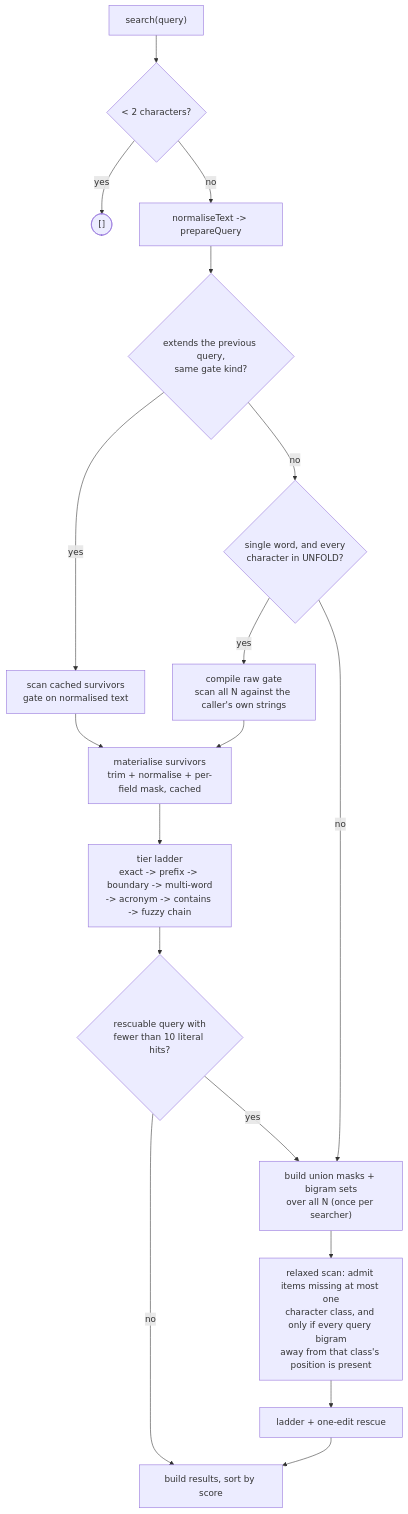
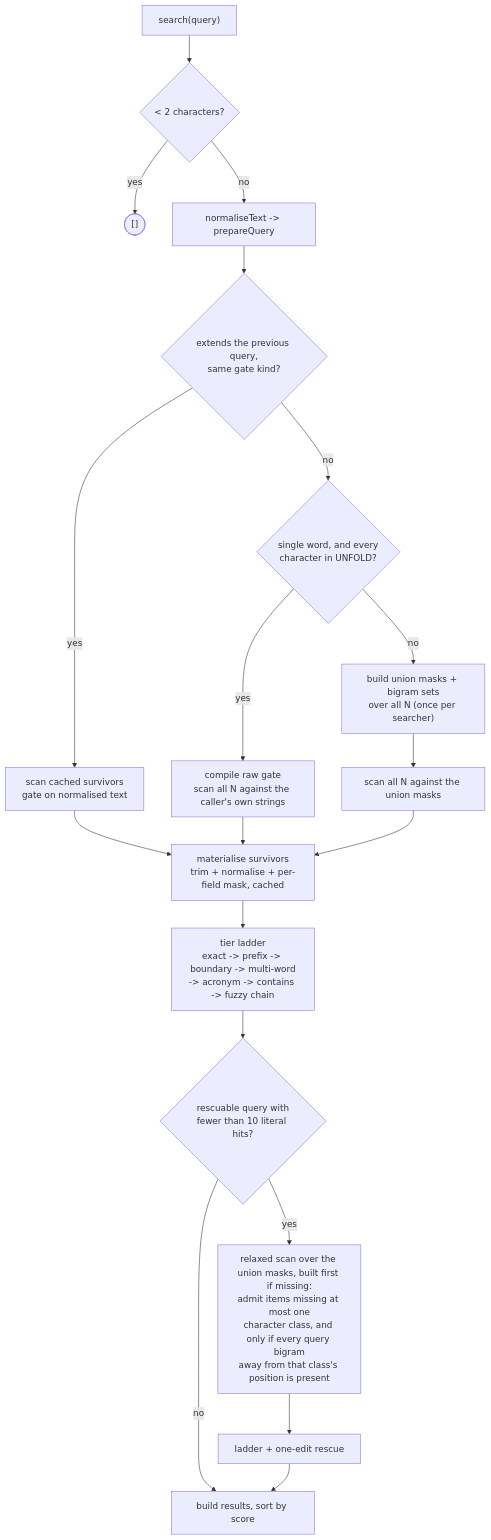
One commit to MMMikeM/ekrina changed the second of 2 diagrams in docs/pipeline.md. Above: the diagram before and after it, drawn with Mermaid. The commit also changed 5 other files, not shown here.

````diff
--- a/docs/pipeline.md
+++ b/docs/pipeline.md
@@ -24,22 +24,23 @@
 ```mermaid
 flowchart TD
     Q["search(query)"] --> F{"< 2 characters?"}
     F -->|yes| Z(["[]"])
     F -->|no| P["normaliseText -> prepareQuery"]
     P --> N{"extends the previous query,<br/>same gate kind?"}
 
     N -->|yes| NAR["scan cached survivors<br/>gate on normalised text"]
     N -->|no| RG{"single word, and every<br/>character in UNFOLD?"}
     RG -->|yes| RAW["compile raw gate<br/>scan all N against the caller's own strings"]
-    RG -->|no| MASK
+    RG -->|no| MASK["build union masks + bigram sets<br/>over all N (once per searcher)"]
+    MASK --> MSCAN["scan all N against the union masks"]
 
     NAR --> MAT
     RAW --> MAT["materialise survivors<br/>trim + normalise + per-field mask, cached"]
+    MSCAN --> MAT
     MAT --> LAD["tier ladder<br/>exact -> prefix -> boundary -> multi-word<br/>-> acronym -> contains -> fuzzy chain"]
     LAD --> LIT{"rescuable query with<br/>fewer than 10 literal hits?"}
     LIT -->|no| OUT["build results, sort by score"]
-    LIT -->|yes| MASK["build union masks + bigram sets<br/>over all N (once per searcher)"]
-    MASK --> REL["relaxed scan: admit items missing at most one<br/>character class, and only if every query bigram<br/>away from that class's position is present"]
+    LIT -->|yes| REL["relaxed scan over the union masks, built first if missing:<br/>admit items missing at most one<br/>character class, and only if every query bigram<br/>away from that class's position is present"]
     REL --> RES["ladder + one-edit rescue"]
     RES --> OUT
 ```
````
